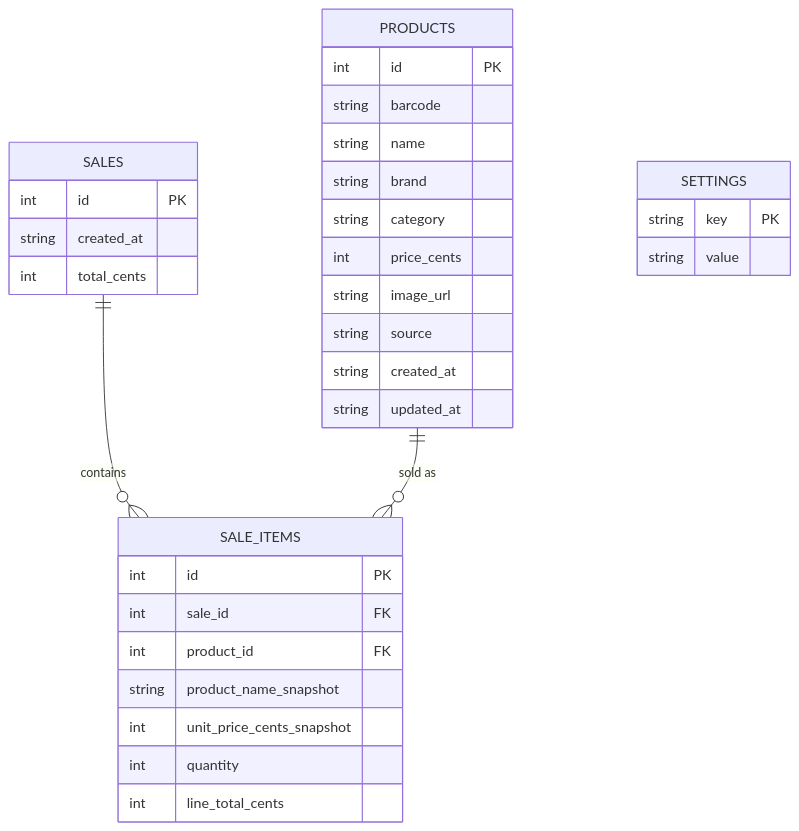
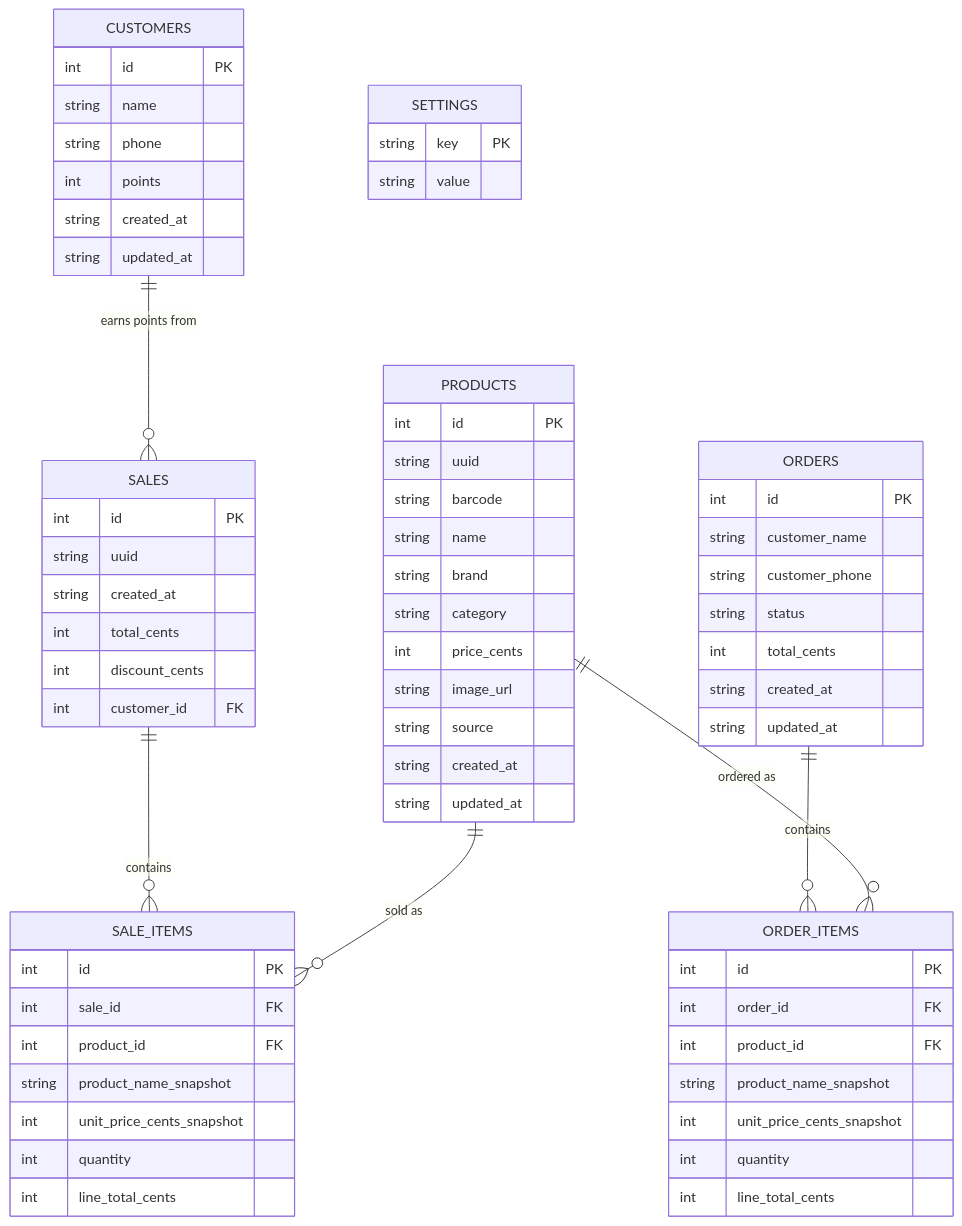
Before and after one commit to superrnovae/grocery-pos: the first of 2 diagrams in DESIGN.md, drawn with Mermaid. The commit also changed other lines of this file and 5 other files, not shown here.

````diff
--- a/DESIGN.md
+++ b/DESIGN.md
@@ -9,35 +9,68 @@
 ```mermaid
 erDiagram
     PRODUCTS {
         int id PK
+        string uuid
         string barcode
         string name
         string brand
         string category
         int price_cents
         string image_url
         string source
         string created_at
         string updated_at
     }
     SALES {
         int id PK
+        string uuid
         string created_at
         int total_cents
+        int discount_cents
+        int customer_id FK
     }
     SALE_ITEMS {
         int id PK
         int sale_id FK
+        int product_id FK
+        string product_name_snapshot
+        int unit_price_cents_snapshot
+        int quantity
+        int line_total_cents
+    }
+    CUSTOMERS {
+        int id PK
+        string name
+        string phone
+        int points
+        string created_at
+        string updated_at
+    }
+    ORDERS {
+        int id PK
+        string customer_name
+        string customer_phone
+        string status
+        int total_cents
+        string created_at
+        string updated_at
+    }
+    ORDER_ITEMS {
+        int id PK
+        int order_id FK
         int product_id FK
         string product_name_snapshot
         int unit_price_cents_snapshot
         int quantity
         int line_total_cents
     }
     SETTINGS {
         string key PK
         string value
     }
     SALES ||--o{ SALE_ITEMS : contains
     PRODUCTS ||--o{ SALE_ITEMS : "sold as"
+    CUSTOMERS ||--o{ SALES : "earns points from"
+    ORDERS ||--o{ ORDER_ITEMS : contains
+    PRODUCTS ||--o{ ORDER_ITEMS : "ordered as"
 ```
````
